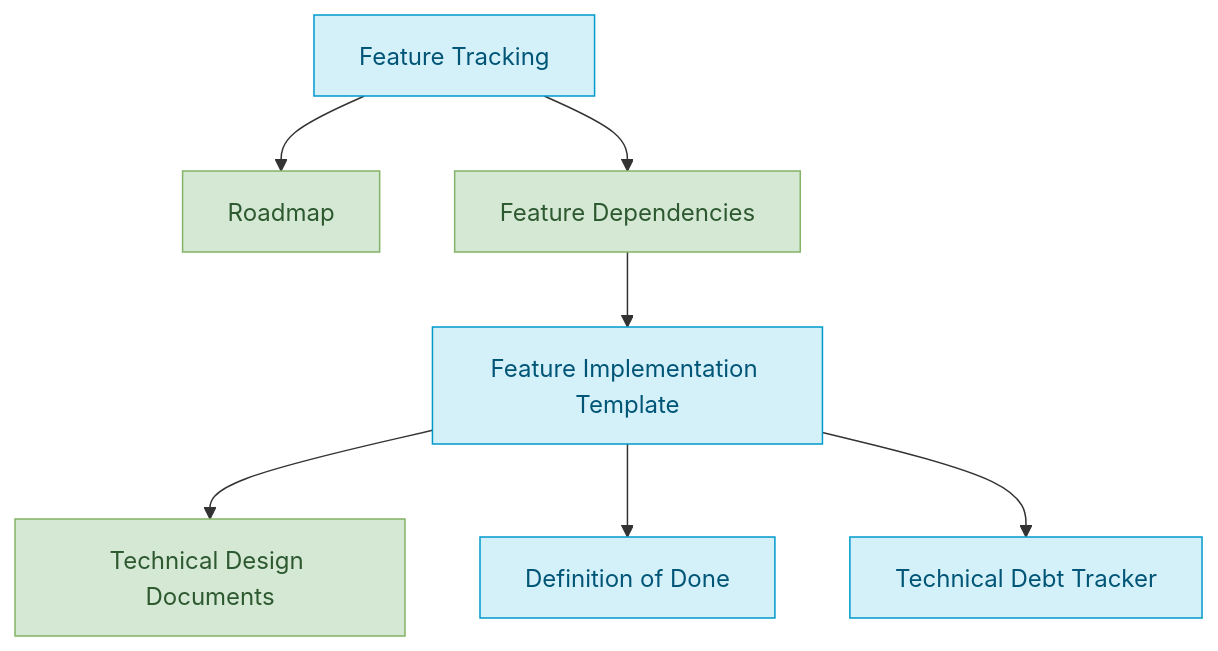
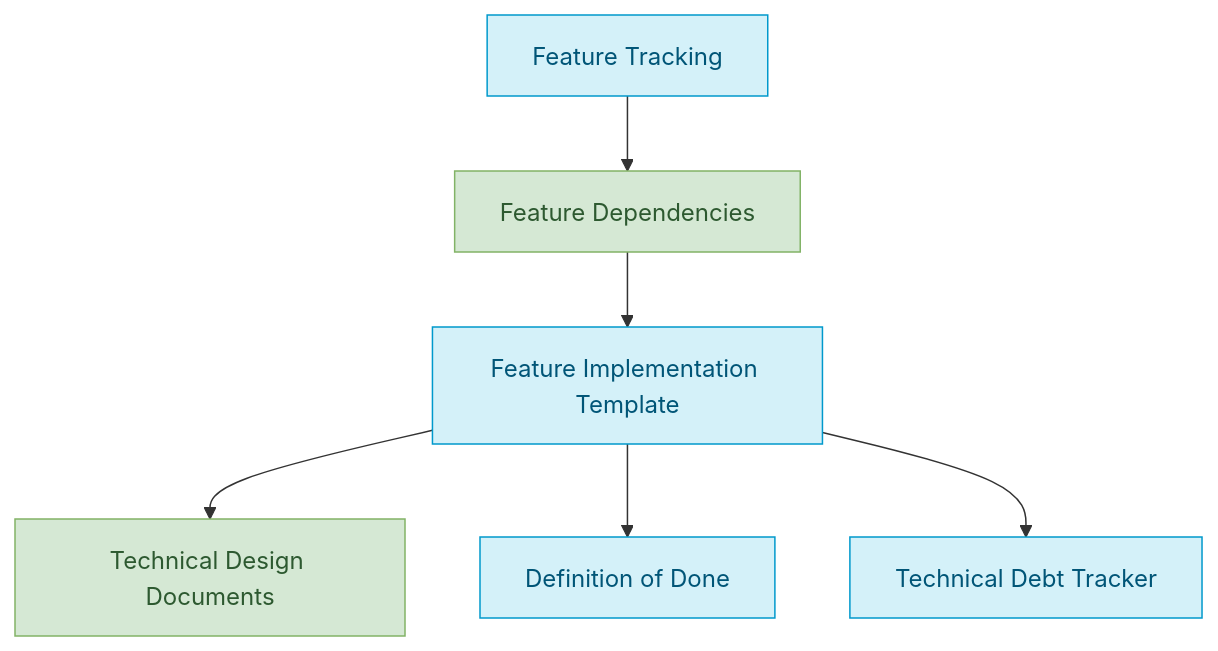
One commit to Abtomation/LinkWatcher changed the diagram in doc/process-framework/documentation-map.md. Above: the diagram before and after it, drawn with Mermaid. The commit also changed other lines of this file and 239 other files, not shown here.

````diff
--- a/doc/process-framework/documentation-map.md
+++ b/doc/process-framework/documentation-map.md
@@ -344,15 +348,14 @@
 ```mermaid
 graph TD
-    A[Feature Tracking] --> B[Roadmap]
-    A --> C[Feature Dependencies]
+    A[Feature Tracking] --> C[Feature Dependencies]
     C --> D[Feature Implementation Template]
     D --> E[Technical Design Documents]
     D --> F[Definition of Done]
     D --> G[Technical Debt Tracker]
 
     classDef process fill:#d4f1f9,stroke:#0099cc,color:#005577
     classDef product fill:#d5e8d4,stroke:#82b366,color:#2d5930
 
-    class A,D,F,G,H,I process
-    class B,C,E product
+    class A,D,F,G process
+    class C,E product
 ```
````
